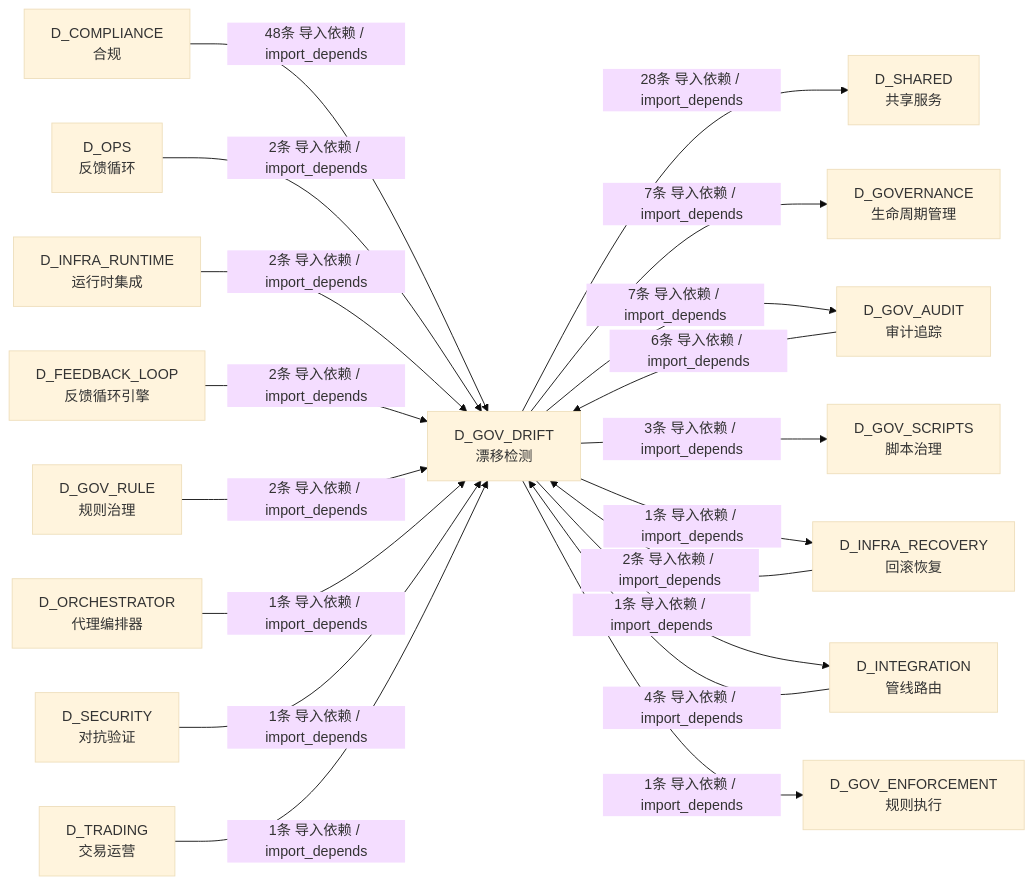
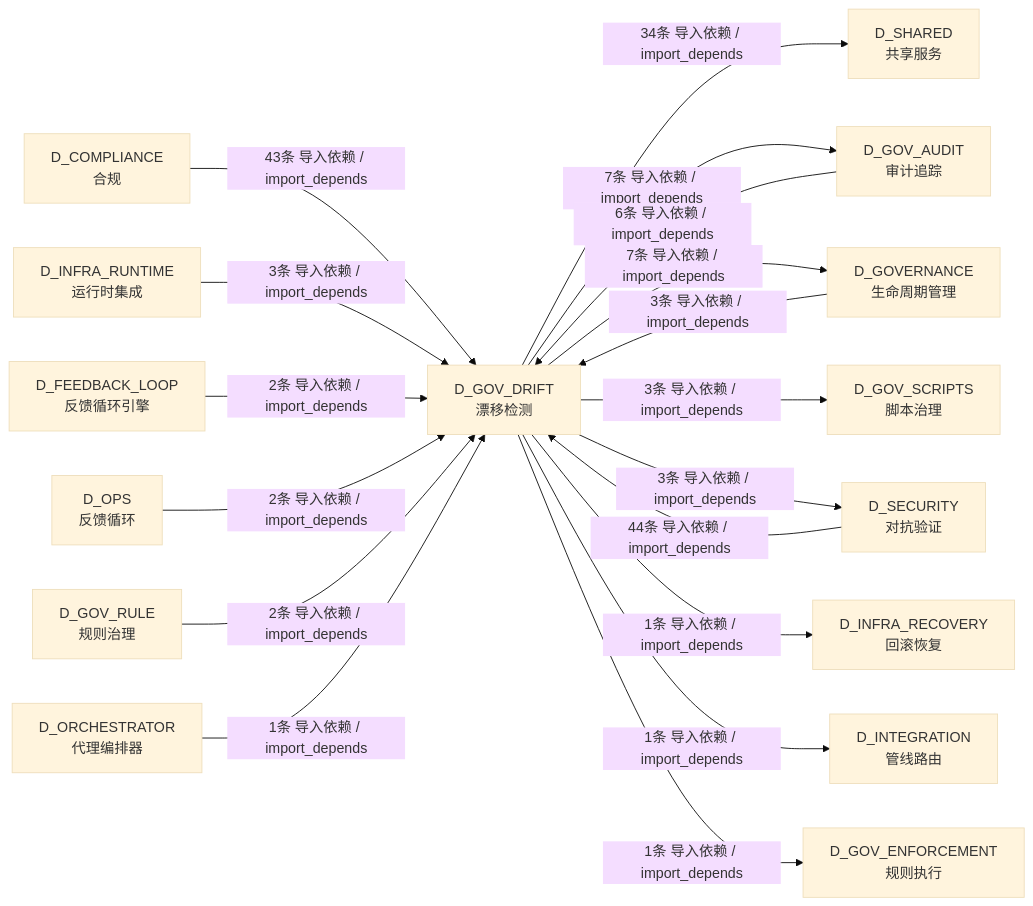
The sixth of 6 diagrams in docs/02_enterprise_architecture/02_domain_architecture_docs/52_d_gov_drift.md (xuanFelixVan/ZephyrAlpha), drawn with Mermaid (base theme) before and after one commit. The commit also changed other lines of this file and 79 other files, not shown here.

````diff
--- a/docs/02_enterprise_architecture/02_domain_architecture_docs/52_d_gov_drift.md
+++ b/docs/02_enterprise_architecture/02_domain_architecture_docs/52_d_gov_drift.md
@@ -786,37 +730,35 @@
 ```mermaid
 graph LR
     D_GOV_DRIFT["D_GOV_DRIFT<br/>漂移检测"]
     D_SHARED["D_SHARED<br/>共享服务"]
+    D_GOV_AUDIT["D_GOV_AUDIT<br/>审计追踪"]
     D_GOVERNANCE["D_GOVERNANCE<br/>生命周期管理"]
-    D_GOV_AUDIT["D_GOV_AUDIT<br/>审计追踪"]
     D_GOV_SCRIPTS["D_GOV_SCRIPTS<br/>脚本治理"]
+    D_SECURITY["D_SECURITY<br/>对抗验证"]
     D_INFRA_RECOVERY["D_INFRA_RECOVERY<br/>回滚恢复"]
     D_INTEGRATION["D_INTEGRATION<br/>管线路由"]
     D_GOV_ENFORCEMENT["D_GOV_ENFORCEMENT<br/>规则执行"]
     D_COMPLIANCE["D_COMPLIANCE<br/>合规"]
-    D_OPS["D_OPS<br/>反馈循环"]
     D_INFRA_RUNTIME["D_INFRA_RUNTIME<br/>运行时集成"]
     D_FEEDBACK_LOOP["D_FEEDBACK_LOOP<br/>反馈循环引擎"]
+    D_OPS["D_OPS<br/>反馈循环"]
     D_GOV_RULE["D_GOV_RULE<br/>规则治理"]
     D_ORCHESTRATOR["D_ORCHESTRATOR<br/>代理编排器"]
-    D_SECURITY["D_SECURITY<br/>对抗验证"]
-    D_TRADING["D_TRADING<br/>交易运营"]
-    D_GOV_DRIFT -->|28条 导入依赖 / import_depends| D_SHARED
+    D_GOV_DRIFT -->|34条 导入依赖 / import_depends| D_SHARED
+    D_GOV_DRIFT -->|7条 导入依赖 / import_depends| D_GOV_AUDIT
     D_GOV_DRIFT -->|7条 导入依赖 / import_depends| D_GOVERNANCE
-    D_GOV_DRIFT -->|7条 导入依赖 / import_depends| D_GOV_AUDIT
     D_GOV_DRIFT -->|3条 导入依赖 / import_depends| D_GOV_SCRIPTS
+    D_GOV_DRIFT -->|3条 导入依赖 / import_depends| D_SECURITY
     D_GOV_DRIFT -->|1条 导入依赖 / import_depends| D_INFRA_RECOVERY
     D_GOV_DRIFT -->|1条 导入依赖 / import_depends| D_INTEGRATION
     D_GOV_DRIFT -->|1条 导入依赖 / import_depends| D_GOV_ENFORCEMENT
-    D_COMPLIANCE -->|48条 导入依赖 / import_depends| D_GOV_DRIFT
+    D_SECURITY -->|44条 导入依赖 / import_depends| D_GOV_DRIFT
+    D_COMPLIANCE -->|43条 导入依赖 / import_depends| D_GOV_DRIFT
     D_GOV_AUDIT -->|6条 导入依赖 / import_depends| D_GOV_DRIFT
-    D_INTEGRATION -->|4条 导入依赖 / import_depends| D_GOV_DRIFT
-    D_INFRA_RECOVERY -->|2条 导入依赖 / import_depends| D_GOV_DRIFT
+    D_INFRA_RUNTIME -->|3条 导入依赖 / import_depends| D_GOV_DRIFT
+    D_GOVERNANCE -->|3条 导入依赖 / import_depends| D_GOV_DRIFT
+    D_FEEDBACK_LOOP -->|2条 导入依赖 / import_depends| D_GOV_DRIFT
     D_OPS -->|2条 导入依赖 / import_depends| D_GOV_DRIFT
-    D_INFRA_RUNTIME -->|2条 导入依赖 / import_depends| D_GOV_DRIFT
-    D_FEEDBACK_LOOP -->|2条 导入依赖 / import_depends| D_GOV_DRIFT
     D_GOV_RULE -->|2条 导入依赖 / import_depends| D_GOV_DRIFT
     D_ORCHESTRATOR -->|1条 导入依赖 / import_depends| D_GOV_DRIFT
-    D_SECURITY -->|1条 导入依赖 / import_depends| D_GOV_DRIFT
-    D_TRADING -->|1条 导入依赖 / import_depends| D_GOV_DRIFT
 ```
````
